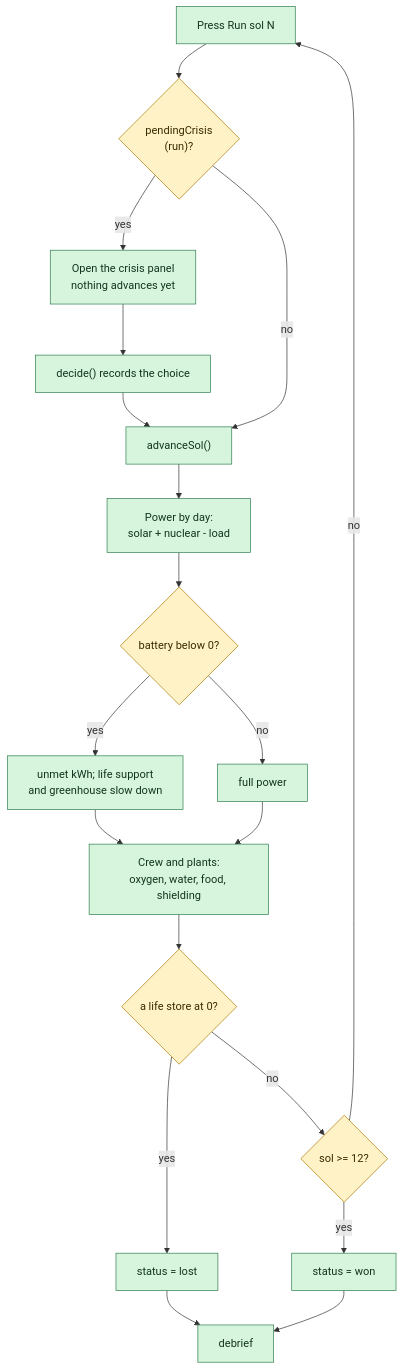
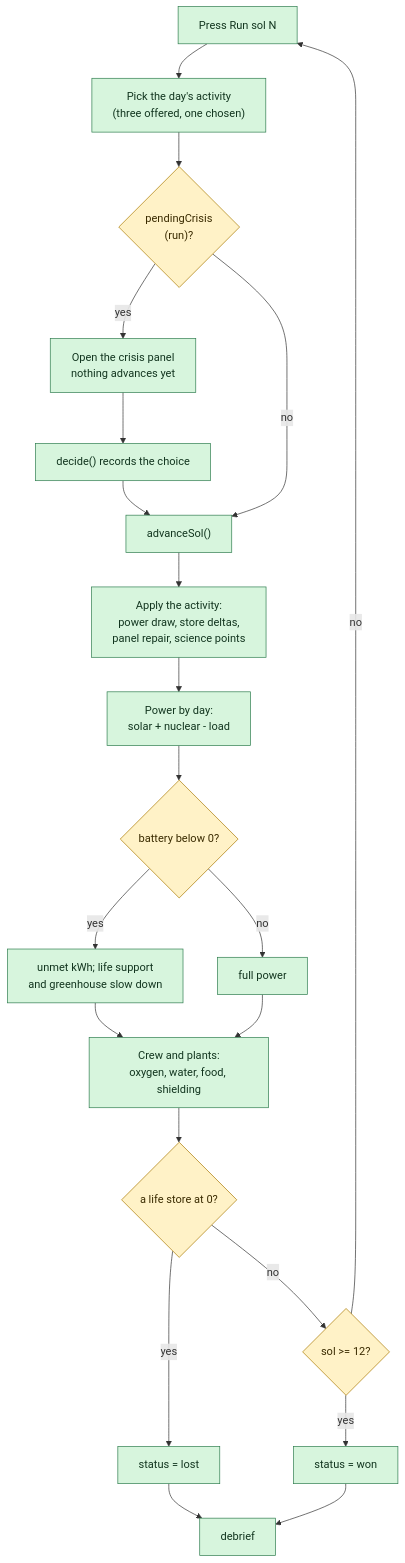
One commit to Theteamakrasia/Mars-Horizon-Junior-Astronaut-Mission-Trainer changed the second of 4 diagrams in docs/game-flow.md. Above: the diagram before and after it, drawn with Mermaid. The commit also changed other lines of this file and 7 other files, not shown here.

First line of the commit message:
docs(architecture): update the tree, the contracts and the game flow

````diff
--- a/docs/game-flow.md
+++ b/docs/game-flow.md
@@ -87,26 +87,28 @@
 ```mermaid
 flowchart TD
-    A["Press Run sol N"] --> B{"pendingCrisis<br/>(run)?"}
+    A["Press Run sol N"] --> P["Pick the day's activity<br/>(three offered, one chosen)"]
+    P --> B{"pendingCrisis<br/>(run)?"}
     B -->|"yes"| C["Open the crisis panel<br/>nothing advances yet"]
     C --> D["decide() records the choice"]
     D --> E["advanceSol()"]
     B -->|"no"| E
-    E --> F["Power by day:<br/>solar + nuclear - load"]
+    E --> E2["Apply the activity:<br/>power draw, store deltas,<br/>panel repair, science points"]
+    E2 --> F["Power by day:<br/>solar + nuclear - load"]
     F --> G{"battery below 0?"}
     G -->|"yes"| H["unmet kWh; life support<br/>and greenhouse slow down"]
     G -->|"no"| I["full power"]
     H --> J["Crew and plants:<br/>oxygen, water, food, shielding"]
     I --> J
     J --> K{"a life store at 0?"}
     K -->|"yes"| L["status = lost"]
     K -->|"no"| M{"sol >= 12?"}
     M -->|"yes"| N["status = won"]
     M -->|"no"| A
     L --> O["debrief"]
     N --> O
 
     classDef impl fill:#d7f5dd,stroke:#2f7d4f,color:#12351f
     classDef gate fill:#fff2c7,stroke:#a97a00,color:#3a2b00
-    class A,C,D,E,F,H,I,J,L,N,O impl
+    class A,P,C,D,E,E2,F,H,I,J,L,N,O impl
     class B,G,K,M gate
 ```
````
